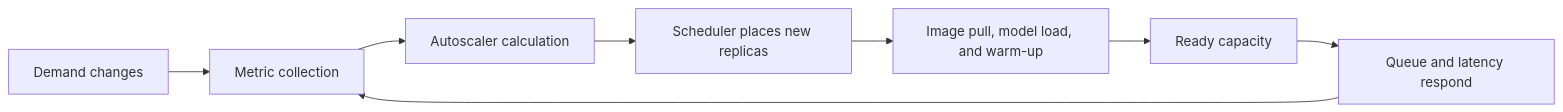
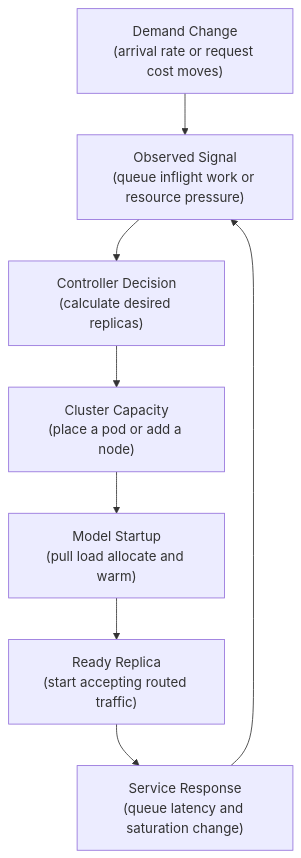
One commit to senlinyy/dev-roadmaps changed the sixth of 8 diagrams in roadmaps/mlops/modules/model-serving/serving-performance/01-latency-throughput-autoscaling-cost.md. Above: the diagram before and after it, drawn with Mermaid. The commit also changed other lines of this file and 152 other files, not shown here.

Commit message:
feat: mlops and diagrams updated

````diff
--- a/roadmaps/mlops/modules/model-serving/serving-performance/01-latency-throughput-autoscaling-cost.md
+++ b/roadmaps/mlops/modules/model-serving/serving-performance/01-latency-throughput-autoscaling-cost.md
@@ -160,10 +288,12 @@
 ```mermaid
-flowchart LR
-    A[Demand changes] --> B[Metric collection]
-    B --> C[Autoscaler calculation]
-    C --> D[Scheduler places new replicas]
-    D --> E[Image pull, model load, and warm-up]
-    E --> F[Ready capacity]
-    F --> G[Queue and latency respond]
+flowchart TD
+    A["Demand Change<br/>(arrival rate or request cost moves)"] --> B["Observed Signal<br/>(queue inflight work or resource pressure)"]
+    B --> C["Controller Decision<br/>(calculate desired replicas)"]
+    C --> D["Cluster Capacity<br/>(place a pod or add a node)"]
+    D --> E["Model Startup<br/>(pull load allocate and warm)"]
+    E --> F["Ready Replica<br/>(start accepting routed traffic)"]
+    F --> G["Service Response<br/>(queue latency and saturation change)"]
     G --> B
+
+    class A demand; class B,C control; class D,E,F platform; class G result
 ```
````
